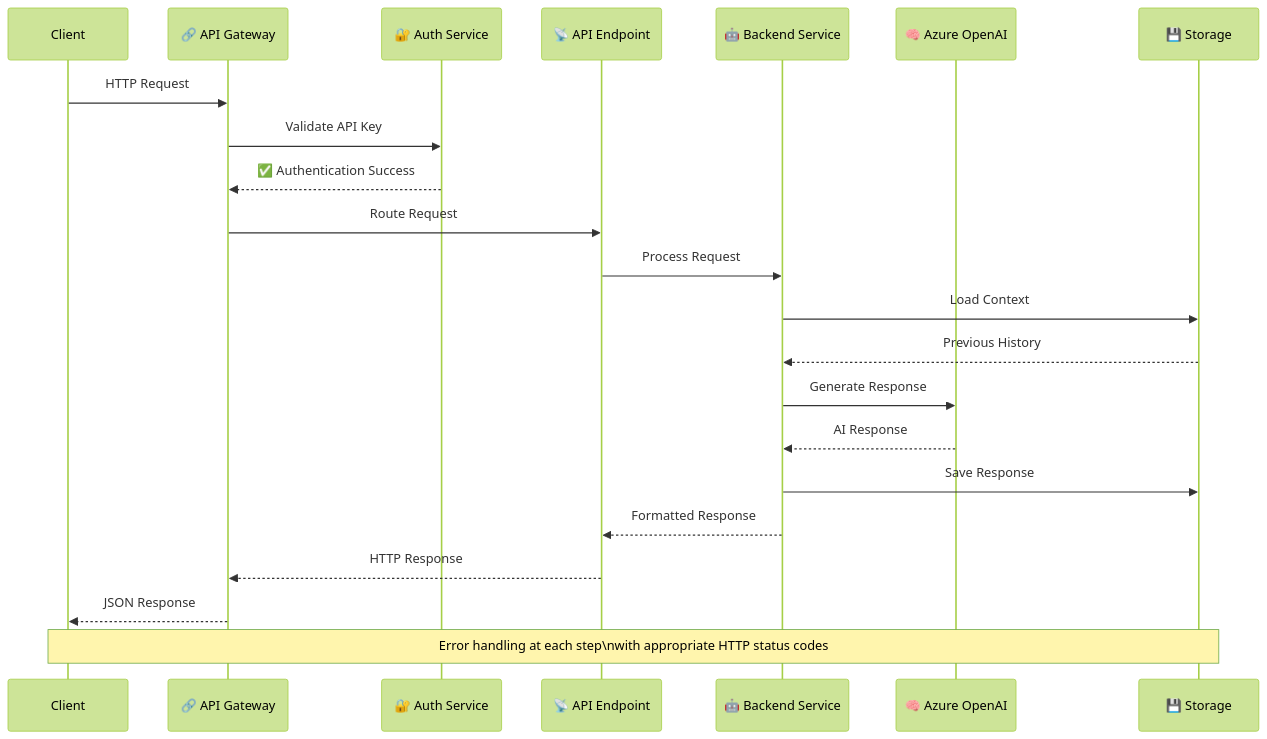
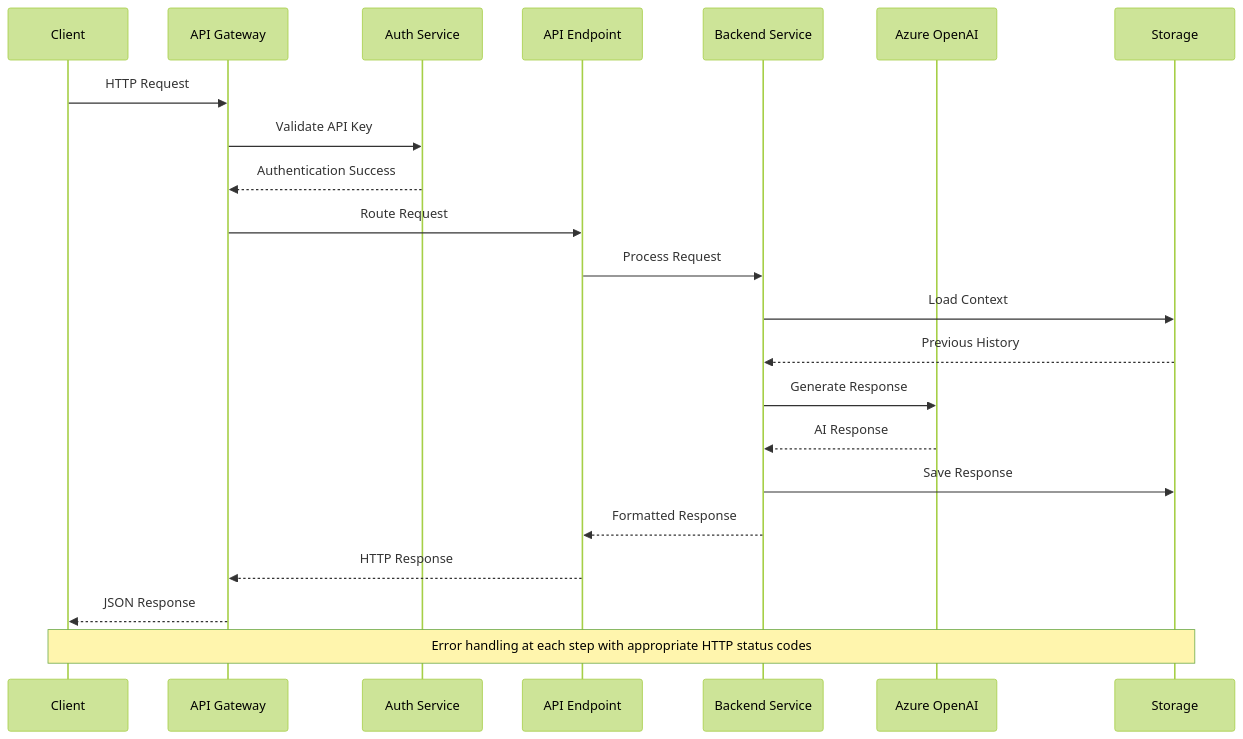
Before and after one commit to the-ingenious-dark-knight/Insight_Ingenious: the second of 6 diagrams in docs/api/README.md, drawn with Mermaid (forest theme). The commit also changed other lines of this file and 4 other files, not shown here.

````diff
--- a/docs/api/README.md
+++ b/docs/api/README.md
@@ -83,31 +83,31 @@
 ```mermaid
 sequenceDiagram
     participant Client
-    participant Gateway as 🔗 API Gateway
-    participant Auth as 🔐 Auth Service
-    participant API as 📡 API Endpoint
-    participant Service as 🤖 Backend Service
-    participant LLM as 🧠 Azure OpenAI
-    participant Storage as 💾 Storage
+    participant Gateway as API Gateway
+    participant Auth as Auth Service
+    participant API as API Endpoint
+    participant Service as Backend Service
+    participant LLM as Azure OpenAI
+    participant Storage as Storage
 
     Client->>Gateway: HTTP Request
     Gateway->>Auth: Validate API Key
-    Auth-->>Gateway: ✅ Authentication Success
+    Auth-->>Gateway: Authentication Success
 
     Gateway->>API: Route Request
     API->>Service: Process Request
 
     Service->>Storage: Load Context
     Storage-->>Service: Previous History
 
     Service->>LLM: Generate Response
     LLM-->>Service: AI Response
 
     Service->>Storage: Save Response
     Service-->>API: Formatted Response
 
     API-->>Gateway: HTTP Response
     Gateway-->>Client: JSON Response
 
-    Note over Client,Storage: Error handling at each step\nwith appropriate HTTP status codes
+    Note over Client,Storage: Error handling at each step with appropriate HTTP status codes
 ```
````
